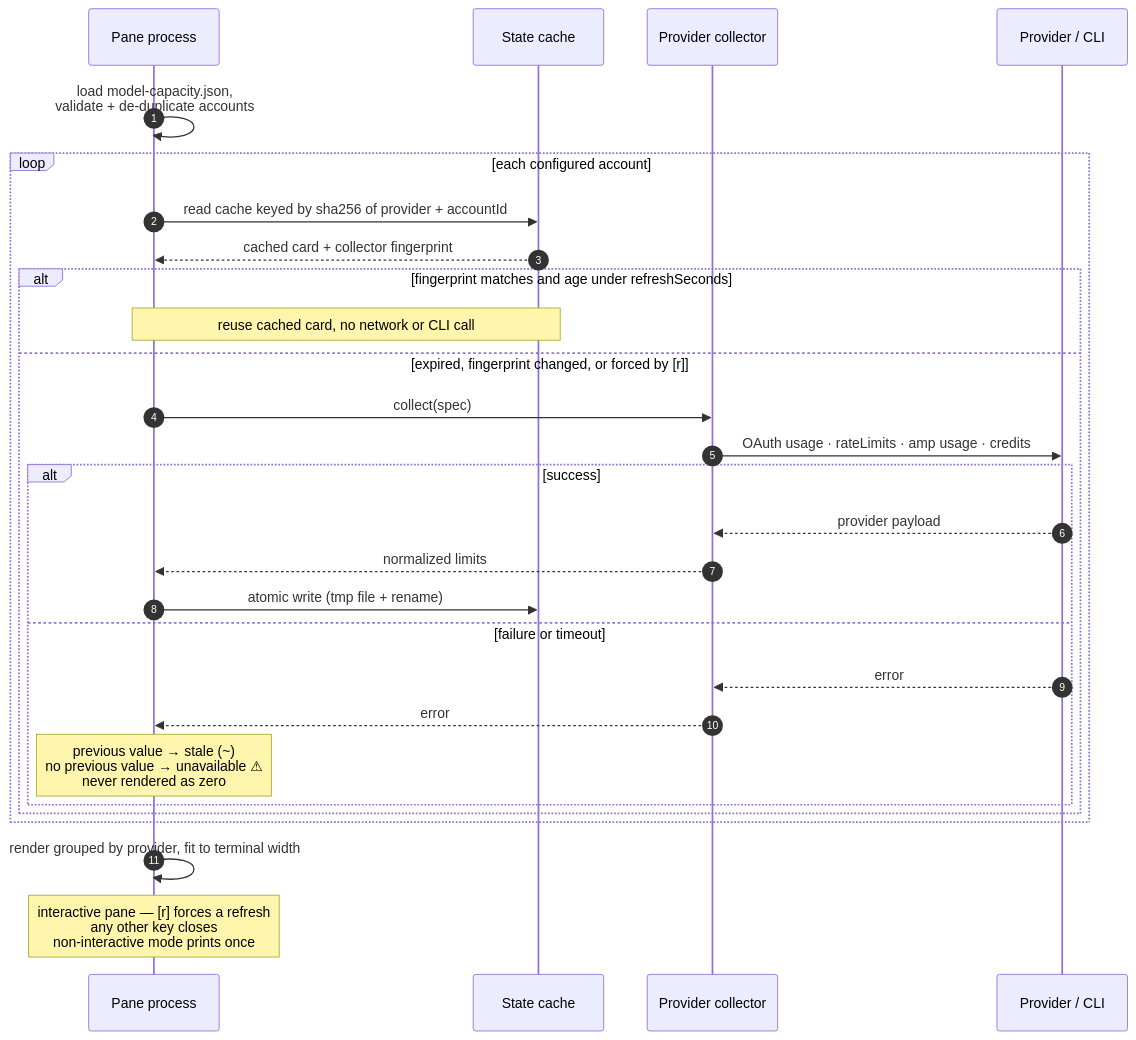
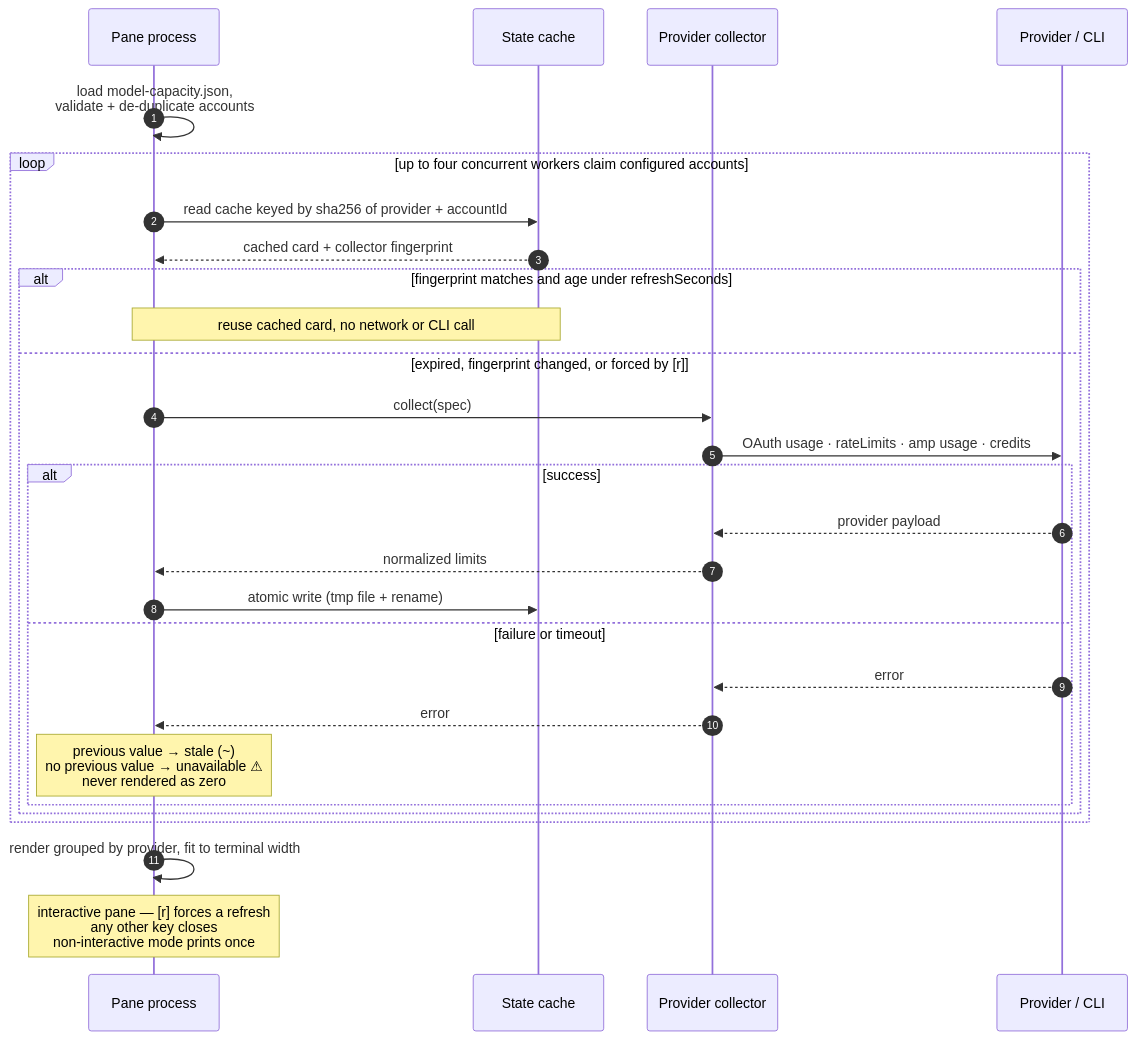
The second of 2 diagrams in README.md (shrivatsas/herdr-model-capacity), drawn with Mermaid before and after one commit. The commit also changed other lines of this file and 1 other file, not shown here.

Commit message:
Collect account capacity concurrently (#11)

````diff
--- a/README.md
+++ b/README.md
@@ -68,34 +69,34 @@
 ```mermaid
 sequenceDiagram
     autonumber
     participant P as Pane process
     participant C as State cache
     participant X as Provider collector
     participant S as Provider / CLI
 
     P->>P: load model-capacity.json,<br/>validate + de-duplicate accounts
 
-    loop each configured account
+    loop up to four concurrent workers claim configured accounts
         P->>C: read cache keyed by sha256 of provider + accountId
         C-->>P: cached card + collector fingerprint
 
         alt fingerprint matches and age under refreshSeconds
             Note over P,C: reuse cached card, no network or CLI call
         else expired, fingerprint changed, or forced by [r]
             P->>X: collect(spec)
             X->>S: OAuth usage · rateLimits · amp usage · credits
             alt success
                 S-->>X: provider payload
                 X-->>P: normalized limits
                 P->>C: atomic write (tmp file + rename)
             else failure or timeout
                 S-->>X: error
                 X-->>P: error
                 Note over P: previous value → stale (~)<br/>no previous value → unavailable ⚠<br/>never rendered as zero
             end
         end
     end
 
     P->>P: render grouped by provider, fit to terminal width
     Note over P: interactive pane — [r] forces a refresh<br/>any other key closes<br/>non-interactive mode prints once
 ```
````
